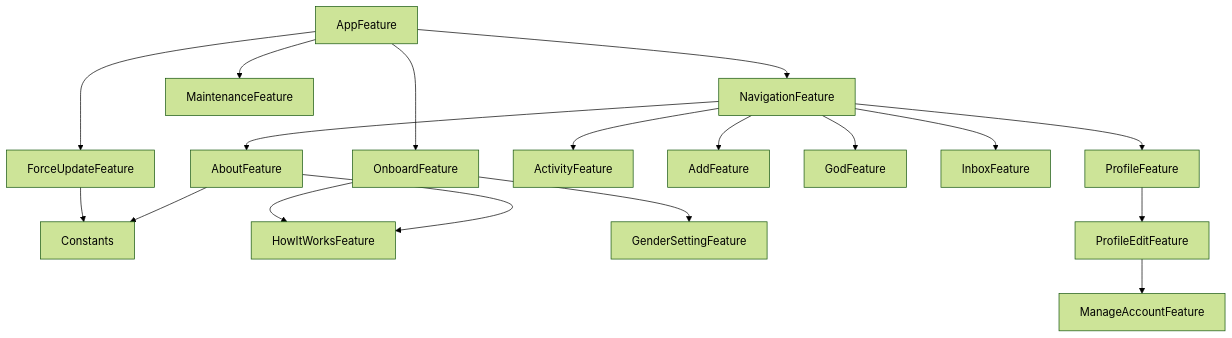
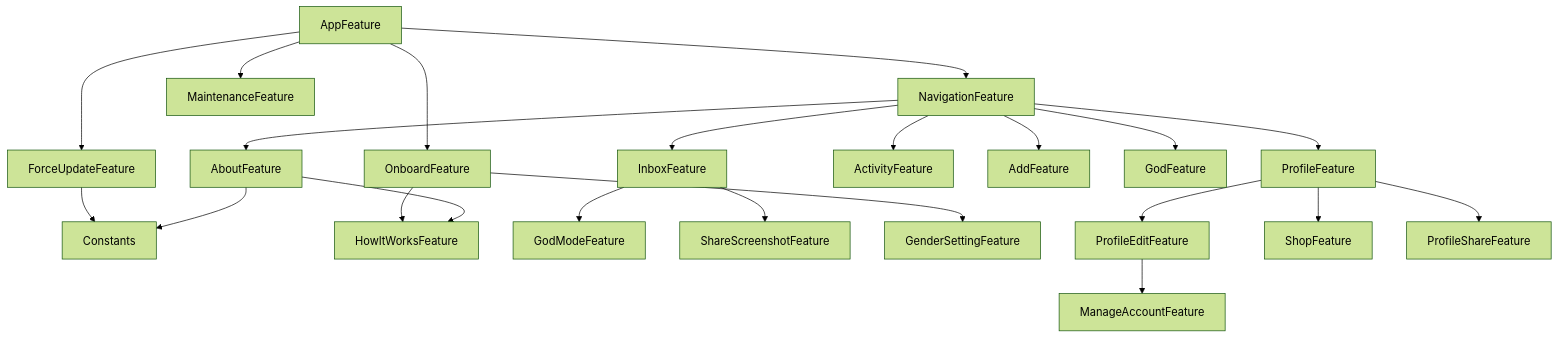
One commit to 0x1-company/god-ios changed the diagram in Packages/GodPackage/README.md. Above: the diagram before and after it, drawn with Mermaid (forest theme).

Commit message:
Run dgraph

````diff
--- a/Packages/GodPackage/README.md
+++ b/Packages/GodPackage/README.md
@@ -6,20 +6,24 @@
 ```mermaid
 graph TD;
     AboutFeature-->Constants;
     AboutFeature-->HowItWorksFeature;
     AppFeature-->OnboardFeature;
     AppFeature-->NavigationFeature;
     AppFeature-->ForceUpdateFeature;
     AppFeature-->MaintenanceFeature;
     ForceUpdateFeature-->Constants;
+    InboxFeature-->GodModeFeature;
+    InboxFeature-->ShareScreenshotFeature;
     NavigationFeature-->AboutFeature;
     NavigationFeature-->ActivityFeature;
     NavigationFeature-->AddFeature;
     NavigationFeature-->GodFeature;
     NavigationFeature-->InboxFeature;
     NavigationFeature-->ProfileFeature;
     OnboardFeature-->HowItWorksFeature;
     OnboardFeature-->GenderSettingFeature;
     ProfileEditFeature-->ManageAccountFeature;
+    ProfileFeature-->ShopFeature;
     ProfileFeature-->ProfileEditFeature;
+    ProfileFeature-->ProfileShareFeature;
 ```
````
